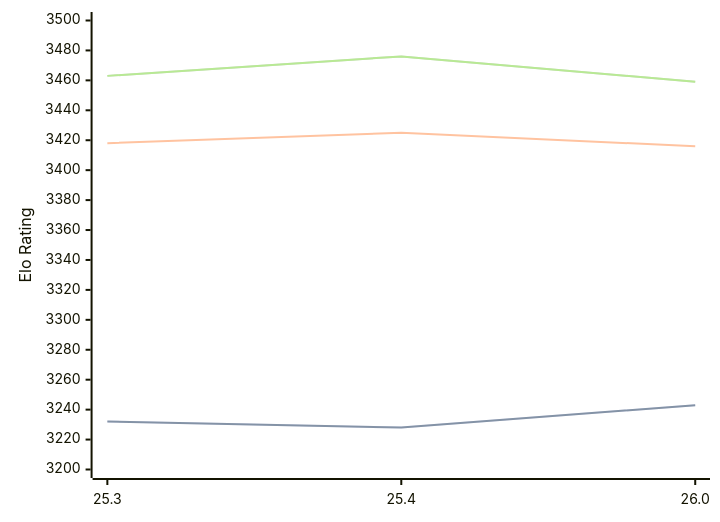
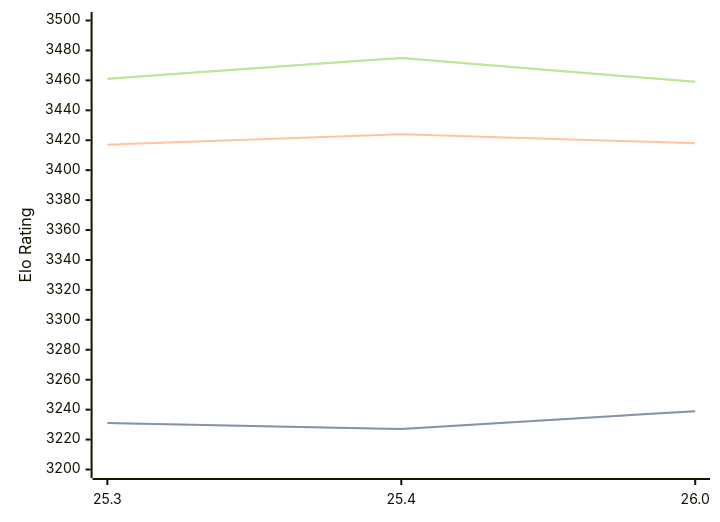
The diagram in engines/Arasan.md (computer-chess-index/cci), drawn with Mermaid before and after one commit. The commit also changed other lines of this file, not shown here.

Commit message:
Update CCI Ratings (ELO VLTC) - 2026-08-04

````diff
--- a/engines/Arasan.md
+++ b/engines/Arasan.md
@@ -34,11 +34,11 @@
 ```mermaid
 %%{init: {"theme":"base","themeVariables":{"seriesColors:['#a3a3a3','#222221','#faa371']}}}%%
 xychart-beta
   x-axis ["25.3", "25.4", "26.0"]
   y-axis "Elo Rating" 3200 --> 3500
-  line "STC (8.0+0.08s)" [3232, 3228, 3243]
-  line "STC (8.0+0.08s)" [3232, 3228, 3243]
-  line "LTC (60.0+0.60s)" [3418, 3425, 3416]
-  line "VLTC (2m24s+1.12s)" [3463, 3476, 3459]
-  line "VLTC (2m24s+1.12s)" [3463, 3476, 3459]
+  line "STC (8.0+0.08s)" [3231, 3227, 3239]
+  line "STC (8.0+0.08s)" [3231, 3227, 3239]
+  line "LTC (60.0+0.60s)" [3417, 3424, 3418]
+  line "VLTC (2m24s+1.12s)" [3461, 3475, 3459]
+  line "VLTC (2m24s+1.12s)" [3461, 3475, 3459]
 ```
````
